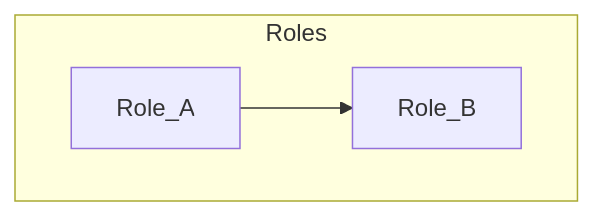
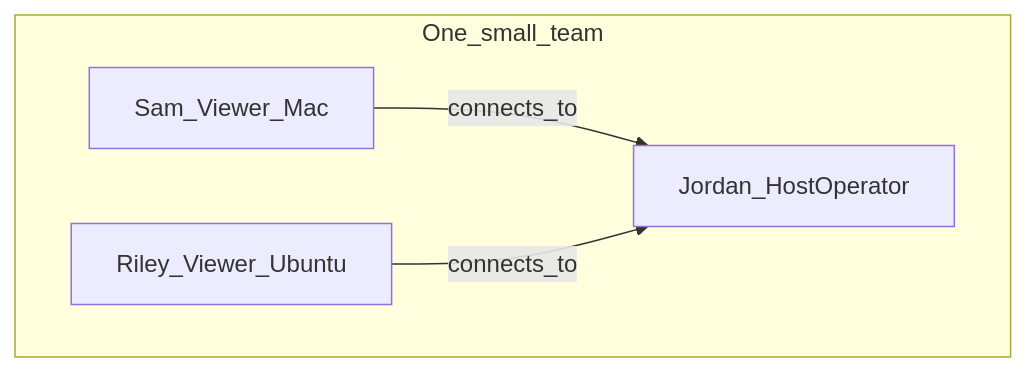
The diagram in .cursor/brain/PERSONAS.md (ArmaghanAsghar/TeamViewer), drawn with Mermaid before and after one commit. The commit also changed other lines of this file and 12 other files, not shown here.

````diff
--- a/.cursor/brain/PERSONAS.md
+++ b/.cursor/brain/PERSONAS.md
@@ -14,8 +16,10 @@
 ```mermaid
 flowchart TB
-  subgraph roles [Roles]
-    A[Role_A]
-    B[Role_B]
+  subgraph team [One_small_team]
+    P3[Jordan_HostOperator]
+    P1[Sam_Viewer_Mac]
+    P2[Riley_Viewer_Ubuntu]
   end
-  A --> B
+  P1 -->|"connects_to"| P3
+  P2 -->|"connects_to"| P3
 ```
````
